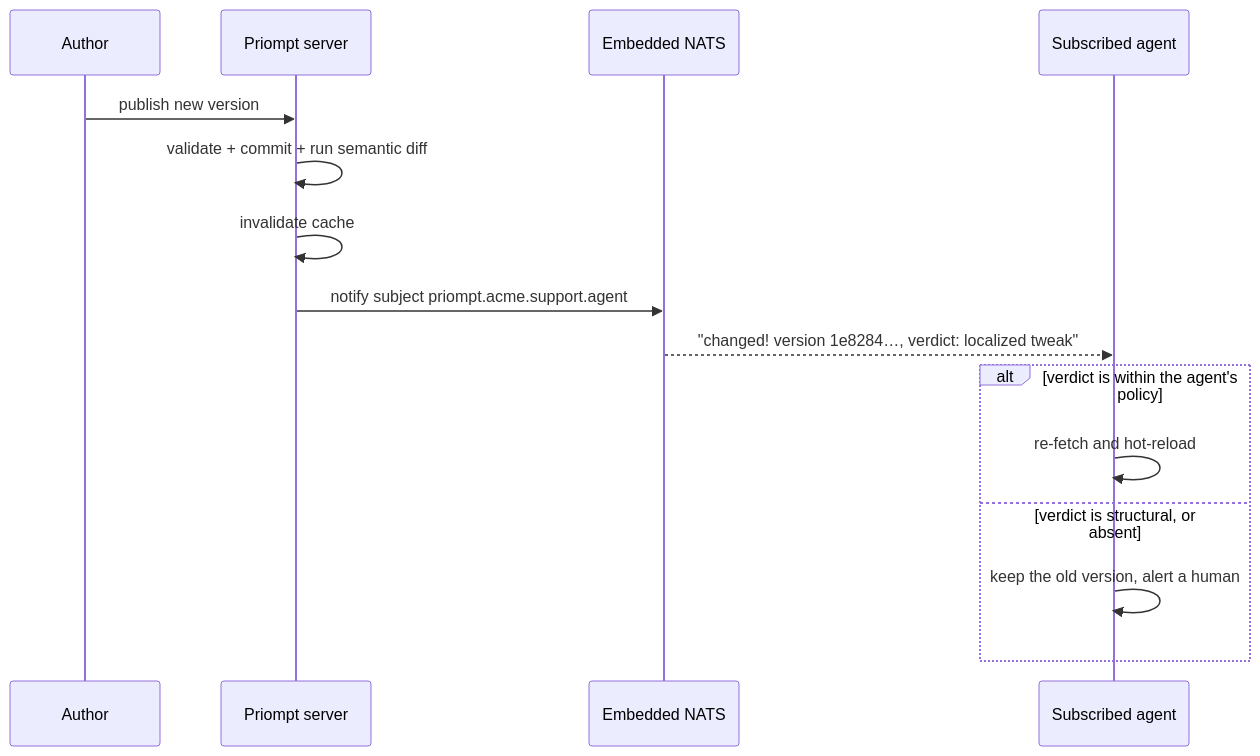
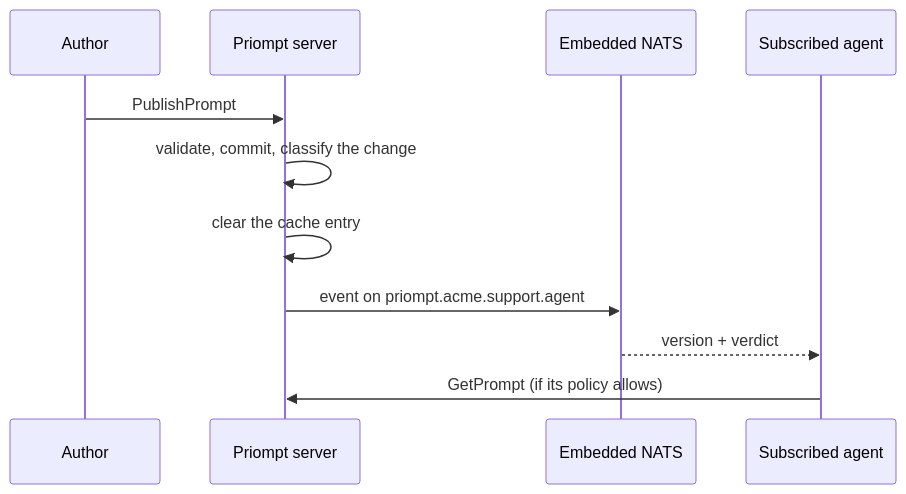
One commit to priompt/priompt-dot-com changed the diagram in docs/docs/concepts/live-updates.md. Above: the diagram before and after it, drawn with Mermaid. The commit also changed other lines of this file and 76 other files, not shown here.

````diff
--- a/docs/docs/concepts/live-updates.md
+++ b/docs/docs/concepts/live-updates.md
@@ -9,18 +22,13 @@
 ```mermaid
 sequenceDiagram
     participant W as Author
     participant S as Priompt server
     participant N as Embedded NATS
     participant A as Subscribed agent
-
-    W->>S: publish new version
-    S->>S: validate + commit + run semantic diff
-    S->>S: invalidate cache
-    S->>N: notify subject priompt.acme.support.agent
-    N-->>A: "changed! version 1e8284…, verdict: localized tweak"
-    alt verdict is within the agent's policy
-        A->>A: re-fetch and hot-reload
-    else verdict is structural, or absent
-        A->>A: keep the old version, alert a human
-    end
+    W->>S: PublishPrompt
+    S->>S: validate, commit, classify the change
+    S->>S: clear the cache entry
+    S->>N: event on priompt.acme.support.agent
+    N-->>A: version + verdict
+    A->>S: GetPrompt (if its policy allows)
 ```
````
